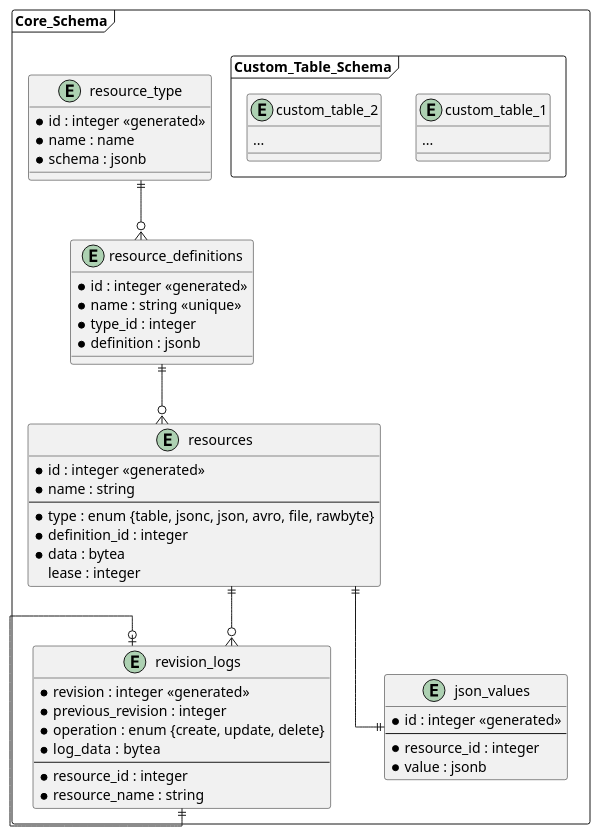
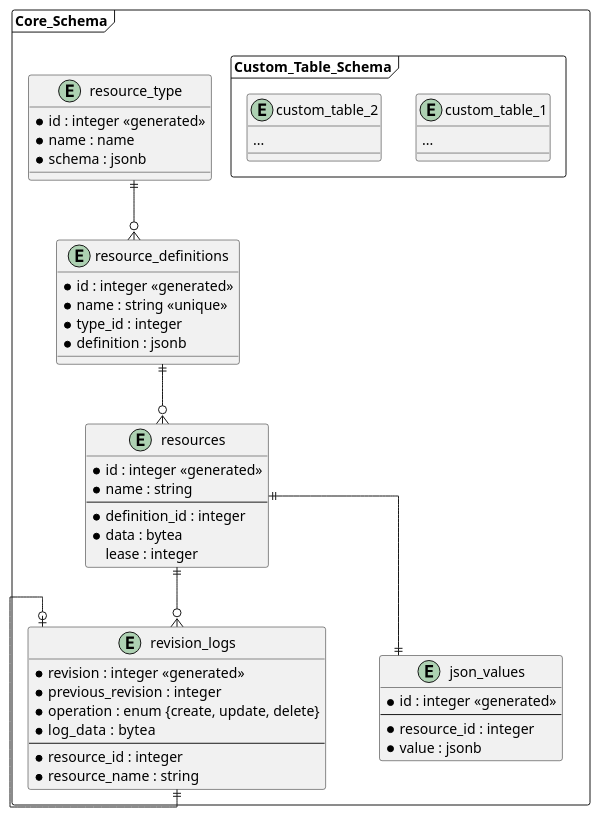
One commit to grafysi/horizpipes-design-documents changed the diagram in buildSrc/snippets/puml/metadata-server/Core_Schema.puml. Above: the diagram before and after it, drawn with PlantUML.

Commit message:
Change schema

```diff
--- a/buildSrc/snippets/puml/metadata-server/Core_Schema.puml
+++ b/buildSrc/snippets/puml/metadata-server/Core_Schema.puml
@@ -1,75 +1,74 @@
 @startuml
 
 skinparam linetype ortho
 
 
 
 frame "Core_Schema" {
 
     entity "resources" as res {
         *id : integer <<generated>>
         *name : string
         --
-        *type : enum {table, jsonc, json, avro, file, rawbyte}
         *definition_id : integer
         *data : bytea
         lease : integer
     }
 
     entity "revision_logs" as resrev {
         *revision : integer <<generated>>
         *previous_revision : integer
         *operation : enum {create, update, delete}
         *log_data  : bytea
         --
         *resource_id : integer
         *resource_name : string
     }
 
     /' supported value definition types are:
         - TableDefinition
         - JsoncDefinition
         - JsonDefinition
         - AvroDefinition
         - FileDefinition
         - RawByteDefinition '/
     entity "resource_type" as restype {
         *id : integer <<generated>>
         *name : name
         *schema : jsonb
     }
 
 
     entity "resource_definitions" as valdef {
         *id : integer <<generated>>
         *name : string <<unique>>
         *type_id : integer
         *definition : jsonb
     }
 
     res ||--o{ resrev
     resrev |o--|| resrev
     valdef ||--o{ res
     restype ||--o{ valdef
 
 
     entity "json_values" as jsonval {
         *id : integer <<generated>>
         --
         *resource_id : integer
         *value : jsonb
     }
 
     res ||--|| jsonval
 
     frame "Custom_Table_Schema" {
         entity "custom_table_1" {
             ...
         }
 
         entity "custom_table_2" {
             ...
         }
     }
 }
 @enduml
```
